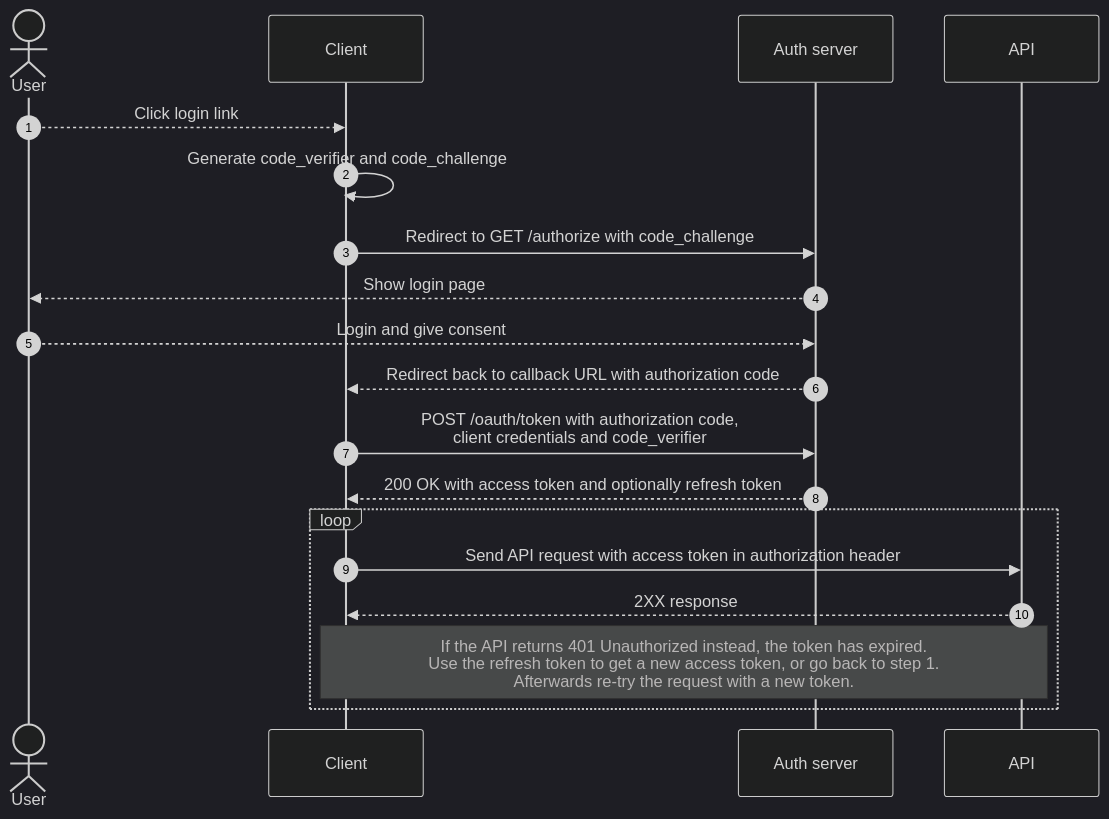
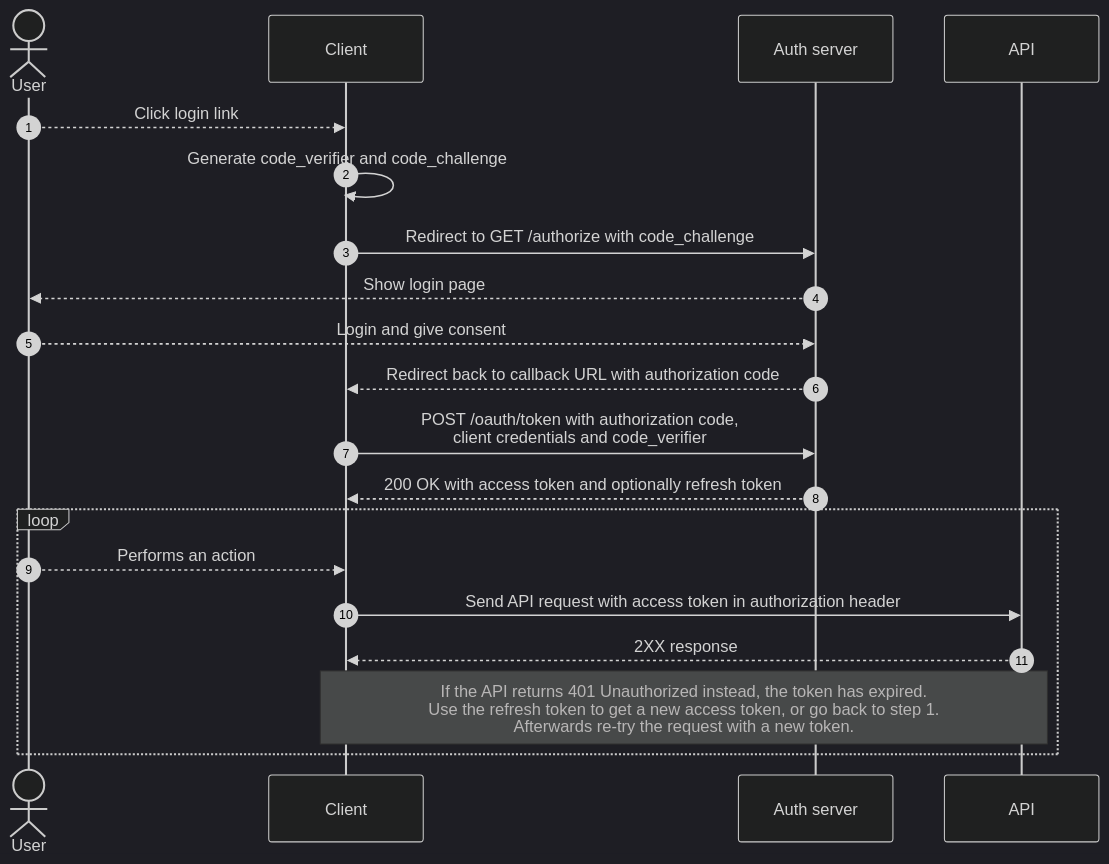
The second of 2 diagrams in projects/authentication/docs/user-access-token.md (cultuurnet/apidocs), drawn with Mermaid (dark theme) before and after one commit. The commit also changed other lines of this file, not shown here.

Commit message:
Add step to diagram that the user performs an action in the app

````diff
--- a/projects/authentication/docs/user-access-token.md
+++ b/projects/authentication/docs/user-access-token.md
@@ -79,18 +81,19 @@
 ```mermaid
 sequenceDiagram
     autonumber
     actor User
     User-->>Client: Click login link
     Client->>Client: Generate code_verifier and code_challenge
     Client->>Auth server: Redirect to GET /authorize with code_challenge
     Auth server-->>User: Show login page
     User-->>Auth server: Login and give consent
     Auth server-->>Client: Redirect back to callback URL with authorization code
     Client->>Auth server: POST /oauth/token with authorization code,<br /> client credentials and code_verifier
     Auth server-->>Client: 200 OK with access token and optionally refresh token
     loop
+        User-->>Client: Performs an action
         Client->>API: Send API request with access token in authorization header
         API-->>Client: 2XX response
         note over API,Client: If the API returns 401 Unauthorized instead, the token has expired.<br />Use the refresh token to get a new access token, or go back to step 1.<br /> Afterwards re-try the request with a new token.
     end
 ```
````
